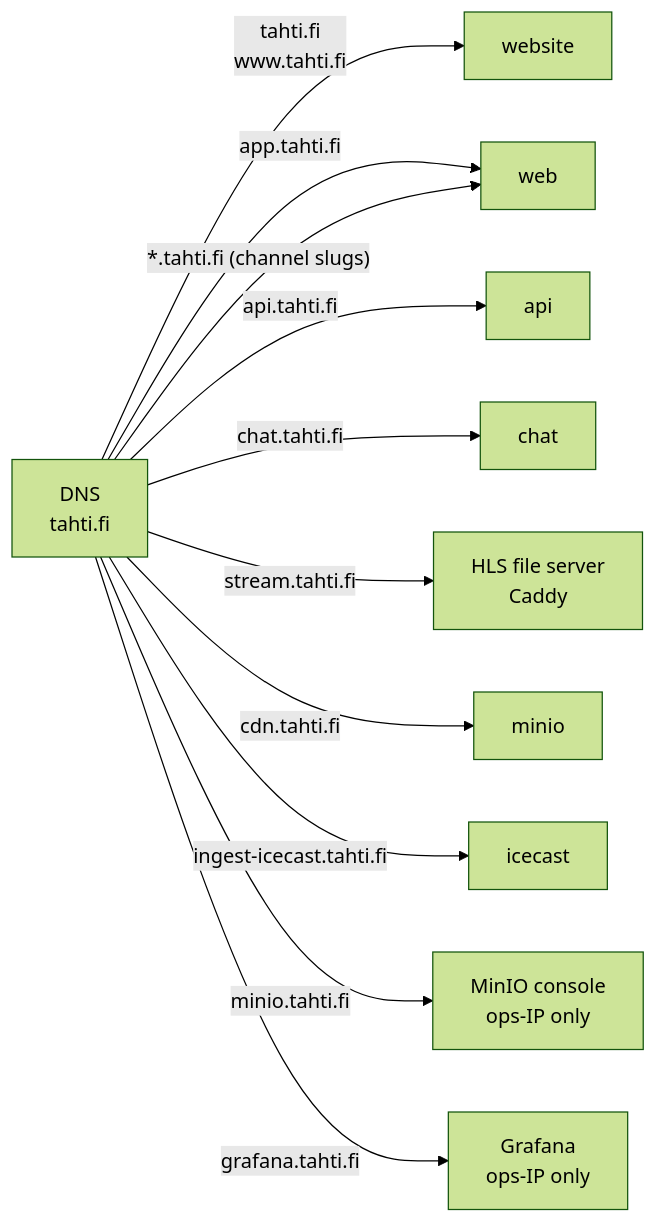
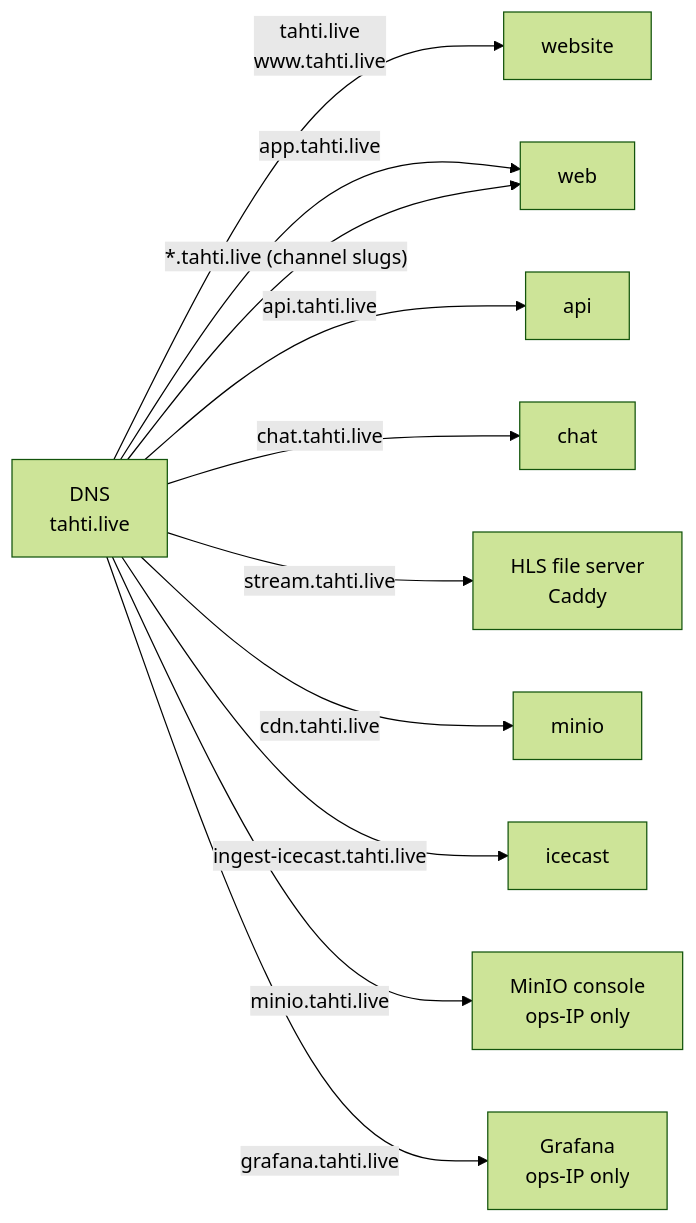
The third of 3 diagrams in docs/technical/overview.md (janiluuk/tahti-org), drawn with Mermaid (forest theme) before and after one commit. The commit also changed other lines of this file and 148 other files, not shown here.

First line of the commit message:
feat(m10): member governance, chat polish, domain rename to tahti.live

````diff
--- a/docs/technical/overview.md
+++ b/docs/technical/overview.md
@@ -145,15 +145,15 @@
 ```mermaid
 graph LR
-    DNS["DNS\ntahti.fi"]
+    DNS["DNS\ntahti.live"]
 
-    DNS -- "tahti.fi\nwww.tahti.fi" --> website
-    DNS -- "app.tahti.fi" --> web
-    DNS -- "*.tahti.fi (channel slugs)" --> web
-    DNS -- "api.tahti.fi" --> api
-    DNS -- "chat.tahti.fi" --> chat
-    DNS -- "stream.tahti.fi" --> hls[HLS file server\nCaddy]
-    DNS -- "cdn.tahti.fi" --> minio
-    DNS -- "ingest-icecast.tahti.fi" --> icecast
-    DNS -- "minio.tahti.fi" --> minio_console[MinIO console\nops-IP only]
-    DNS -- "grafana.tahti.fi" --> grafana[Grafana\nops-IP only]
+    DNS -- "tahti.live\nwww.tahti.live" --> website
+    DNS -- "app.tahti.live" --> web
+    DNS -- "*.tahti.live (channel slugs)" --> web
+    DNS -- "api.tahti.live" --> api
+    DNS -- "chat.tahti.live" --> chat
+    DNS -- "stream.tahti.live" --> hls[HLS file server\nCaddy]
+    DNS -- "cdn.tahti.live" --> minio
+    DNS -- "ingest-icecast.tahti.live" --> icecast
+    DNS -- "minio.tahti.live" --> minio_console[MinIO console\nops-IP only]
+    DNS -- "grafana.tahti.live" --> grafana[Grafana\nops-IP only]
 ```
````
